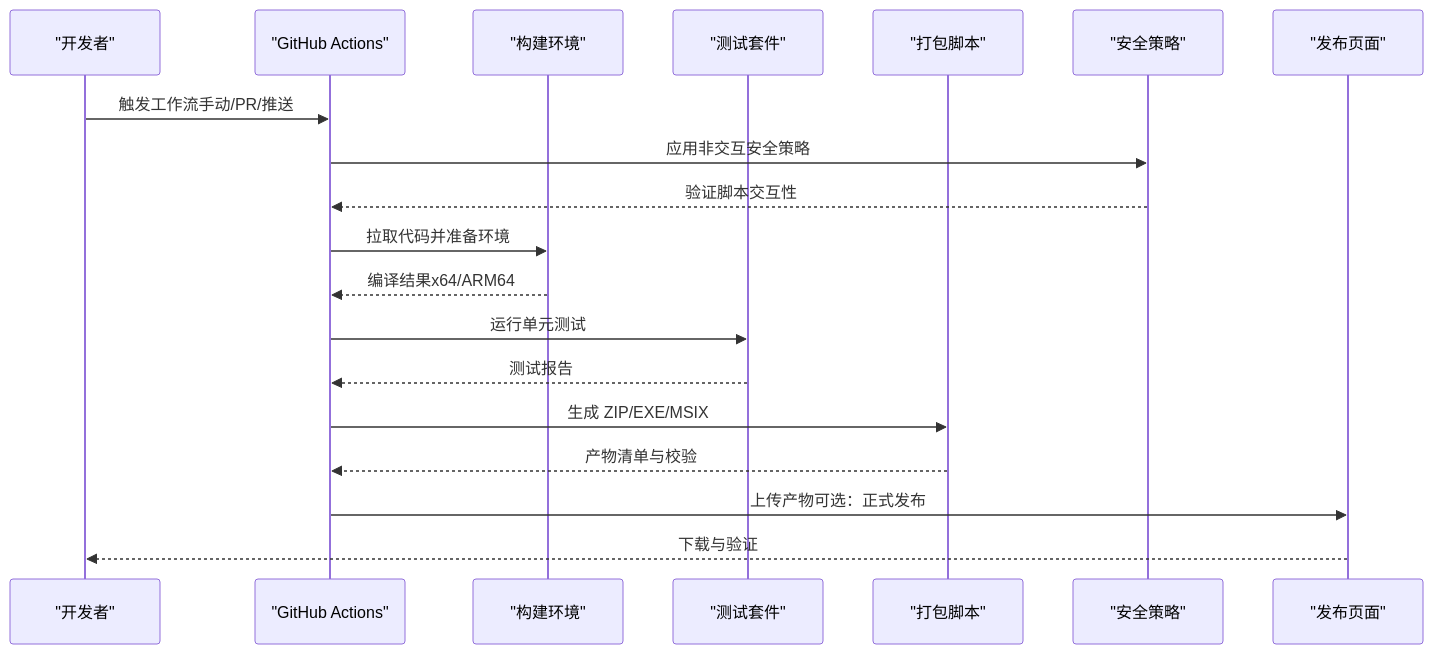
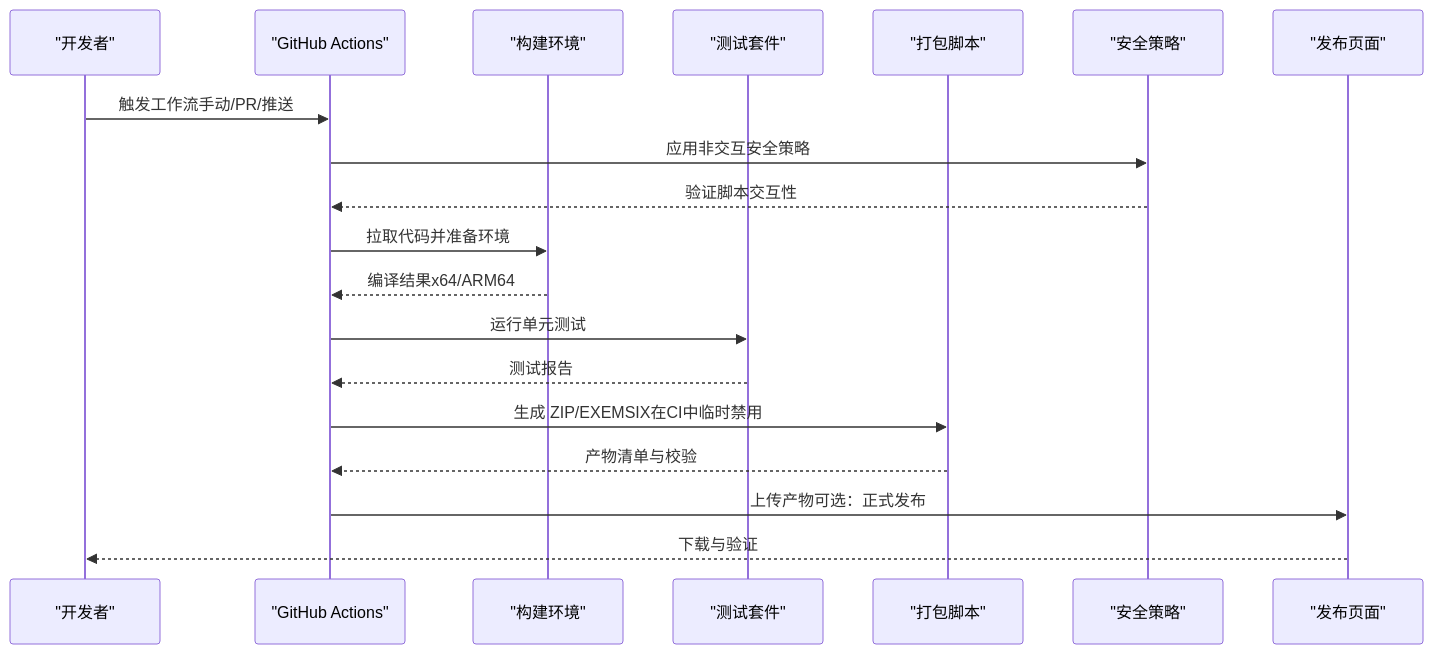
One commit to terwer/autojs6-dev-tools changed the second of 7 diagrams in .qoder/repowiki/zh/content/贡献指南/代码贡献规范/开发流程与代码审查/持续集成与部署.md. Above: the diagram before and after it, drawn with Mermaid. The commit also changed other lines of this file and 3 other files, not shown here.

````diff
--- a/.qoder/repowiki/zh/content/贡献指南/代码贡献规范/开发流程与代码审查/持续集成与部署.md
+++ b/.qoder/repowiki/zh/content/贡献指南/代码贡献规范/开发流程与代码审查/持续集成与部署.md
@@ -130,21 +136,21 @@
 ```mermaid
 sequenceDiagram
 participant Dev as "开发者"
 participant GH as "GitHub Actions"
 participant Build as "构建环境"
 participant Test as "测试套件"
 participant Pack as "打包脚本"
 participant Sec as "安全策略"
 participant Rel as "发布页面"
 Dev->>GH : 触发工作流手动/PR/推送
 GH->>Sec : 应用非交互安全策略
 Sec-->>GH : 验证脚本交互性
 GH->>Build : 拉取代码并准备环境
 Build-->>GH : 编译结果x64/ARM64
 GH->>Test : 运行单元测试
 Test-->>GH : 测试报告
-GH->>Pack : 生成 ZIP/EXE/MSIX
+GH->>Pack : 生成 ZIP/EXEMSIX在CI中临时禁用
 Pack-->>GH : 产物清单与校验
 GH->>Rel : 上传产物可选：正式发布
 Rel-->>Dev : 下载与验证
 ```
````
